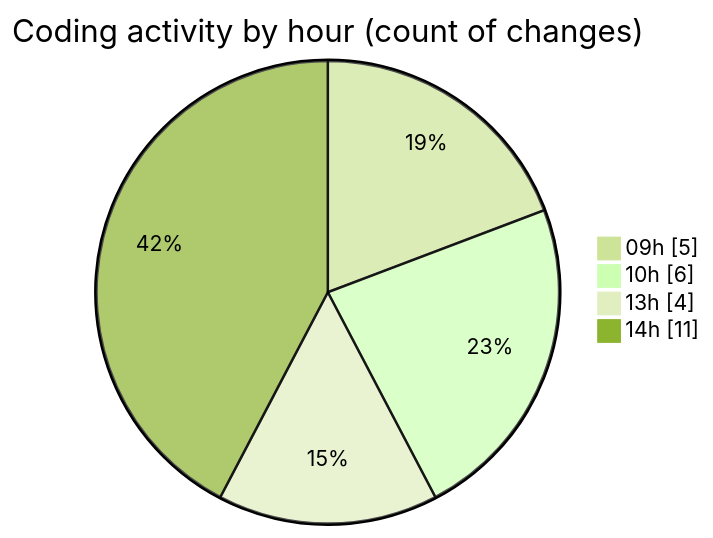
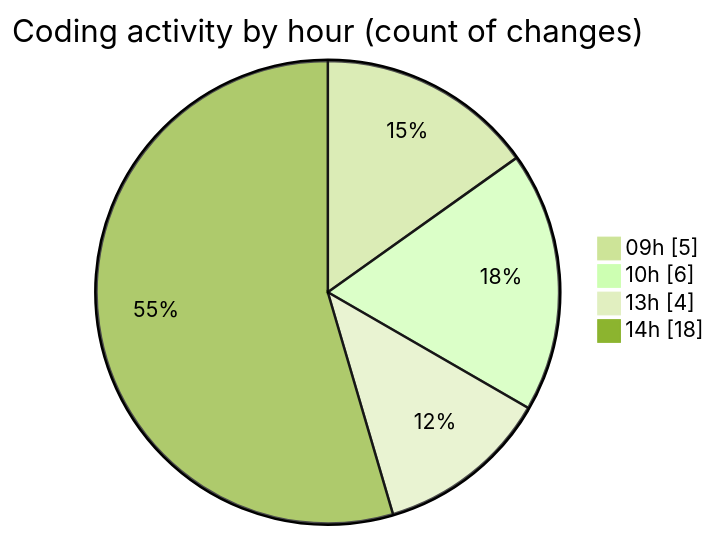
One commit to momahboobian/code-tracking changed the second of 2 diagrams in 2025-09-03/cda/README.md. Above: the diagram before and after it, drawn with Mermaid (forest theme). The commit also changed other lines of this file and 1 other file, not shown here.

````diff
--- a/2025-09-03/cda/README.md
+++ b/2025-09-03/cda/README.md
@@ -45,8 +45,8 @@
 ```mermaid
 pie showData
 title Coding activity by hour (count of changes)
 "09h" : 5
 "10h" : 6
 "13h" : 4
-"14h" : 11
+"14h" : 18
 ```
````
